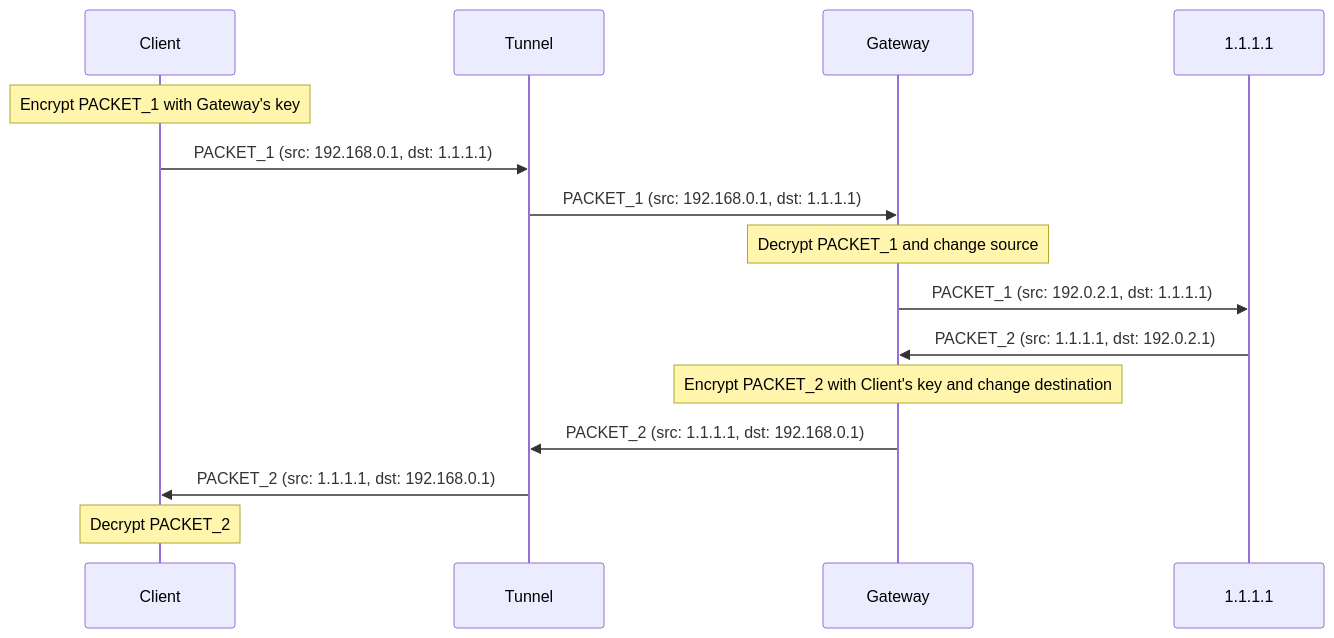
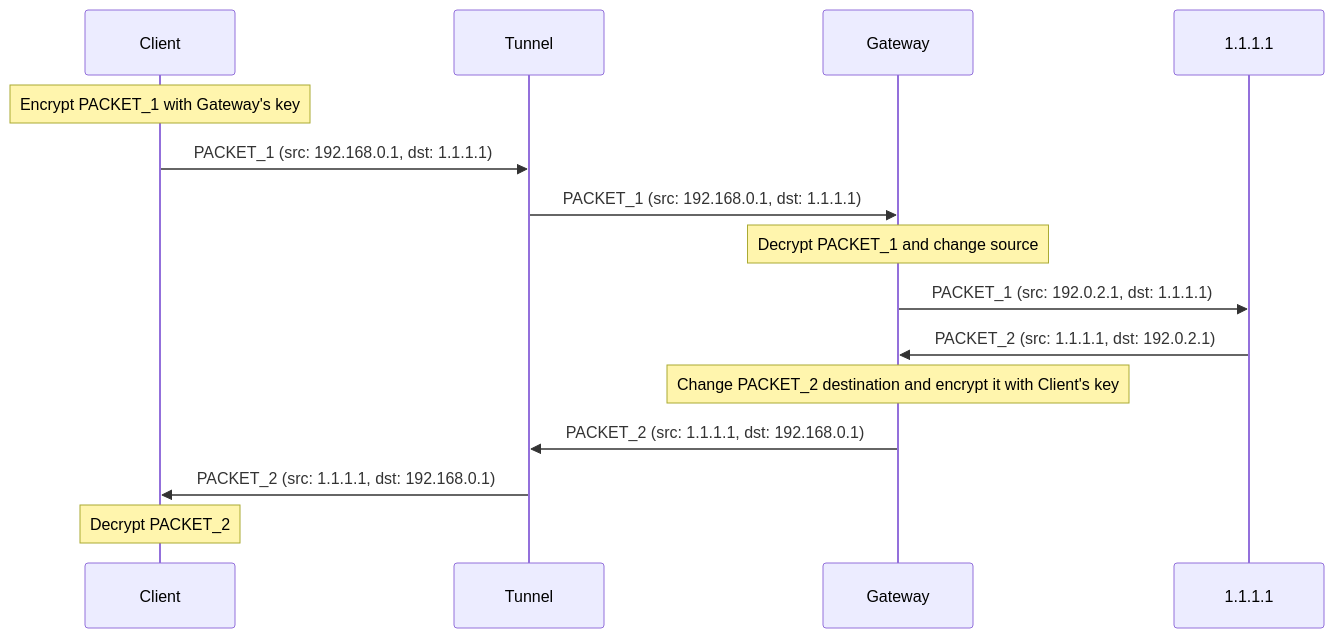
The diagram in README.md (relaycorp/fanqiang-poc), drawn with Mermaid before and after one commit.

````diff
--- a/README.md
+++ b/README.md
@@ -37,18 +37,18 @@
 ```mermaid
 sequenceDiagram
     participant Client
     participant Tunnel
     participant Gateway
     participant Server as 1.1.1.1
     
     note over Client: Encrypt PACKET_1 with Gateway's key
     Client->>Tunnel: PACKET_1 (src: 192.168.0.1, dst: 1.1.1.1)
     Tunnel->>Gateway: PACKET_1 (src: 192.168.0.1, dst: 1.1.1.1)
     note over Gateway: Decrypt PACKET_1 and change source
     Gateway->>Server: PACKET_1 (src: 192.0.2.1, dst: 1.1.1.1)
     Server->>Gateway: PACKET_2 (src: 1.1.1.1, dst: 192.0.2.1)
-    note over Gateway: Encrypt PACKET_2 with Client's key and change destination
+    note over Gateway: Change PACKET_2 destination and encrypt it with Client's key
     Gateway->>Tunnel: PACKET_2 (src: 1.1.1.1, dst: 192.168.0.1)
     Tunnel->>Client: PACKET_2 (src: 1.1.1.1, dst: 192.168.0.1)
     note over Client: Decrypt PACKET_2
 ```
````
